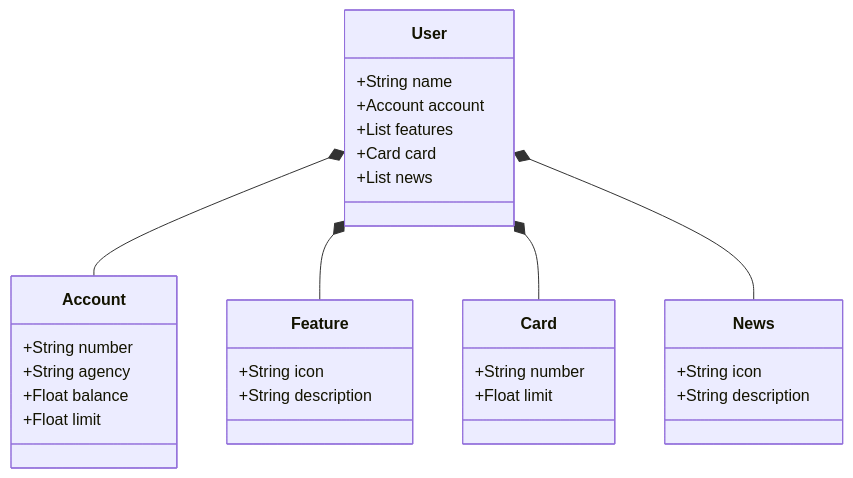
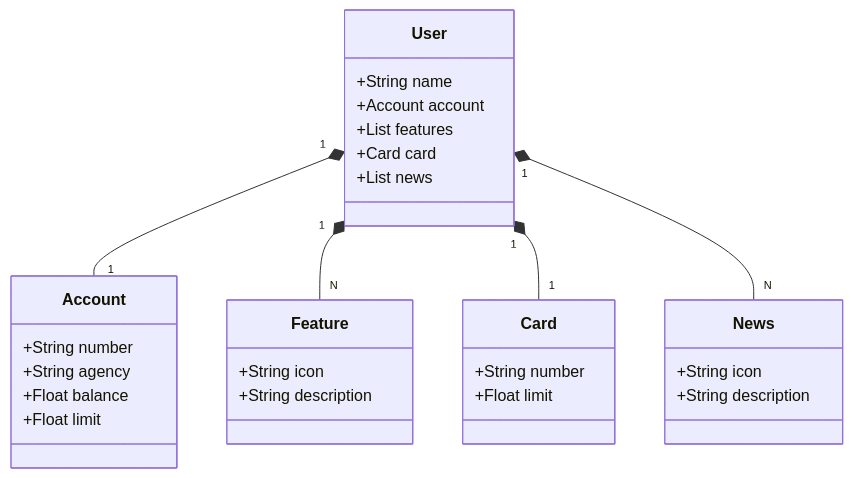
One commit to RogerioRSilva/ApiRestFul_Modelo changed the diagram in README.md. Above: the diagram before and after it, drawn with Mermaid.

````diff
--- a/README.md
+++ b/README.md
@@ -11,38 +11,38 @@
 ```mermaid
 classDiagram
     class User {
         +String name
         +Account account
         +List<Feature> features
         +Card card
         +List<News> news
     }
 
     class Account {
         +String number
         +String agency
         +Float balance
         +Float limit
     }
 
     class Feature {
         +String icon
         +String description
     }
 
     class Card {
         +String number
         +Float limit
     }
 
     class News {
         +String icon
         +String description
     }
 
-    User *-- Account
-    User *-- Feature
-    User *-- Card
-    User *-- News
+    User "1" *-- "1" Account
+    User "1" *-- "N" Feature
+    User "1" *-- "1" Card
+    User "1" *-- "N" News
 
 ```
````
